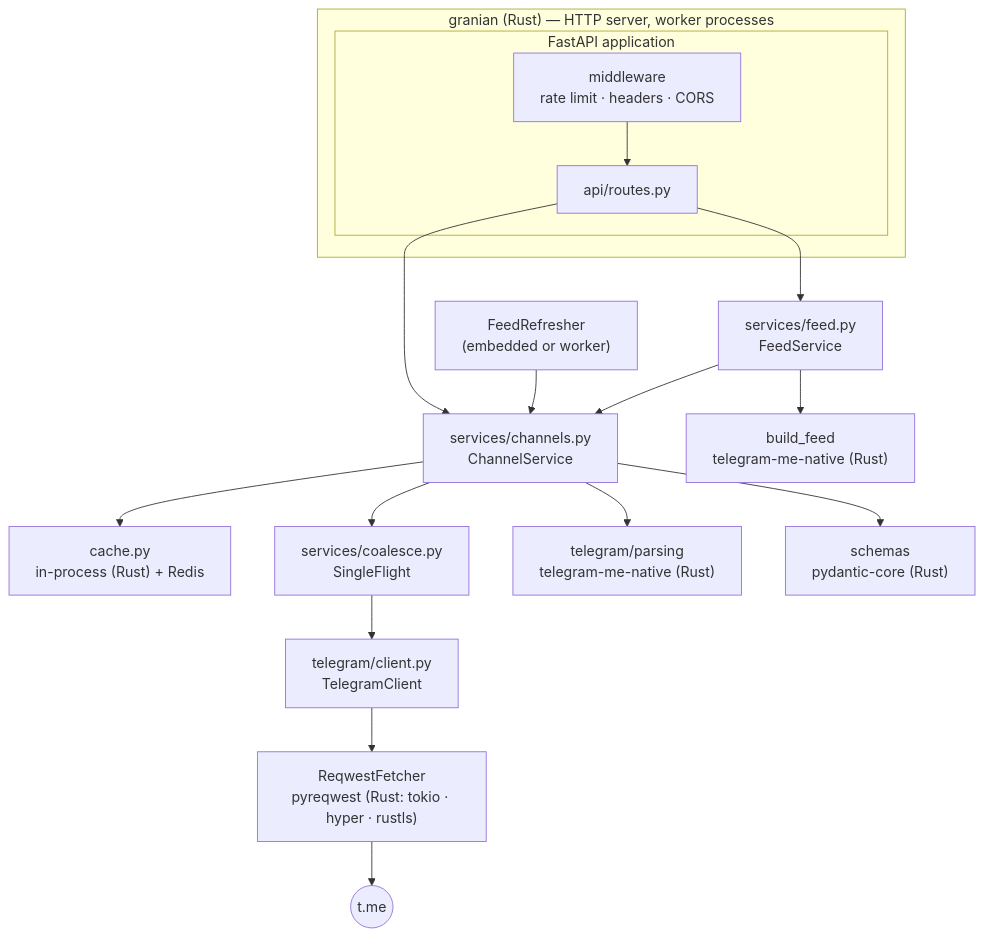
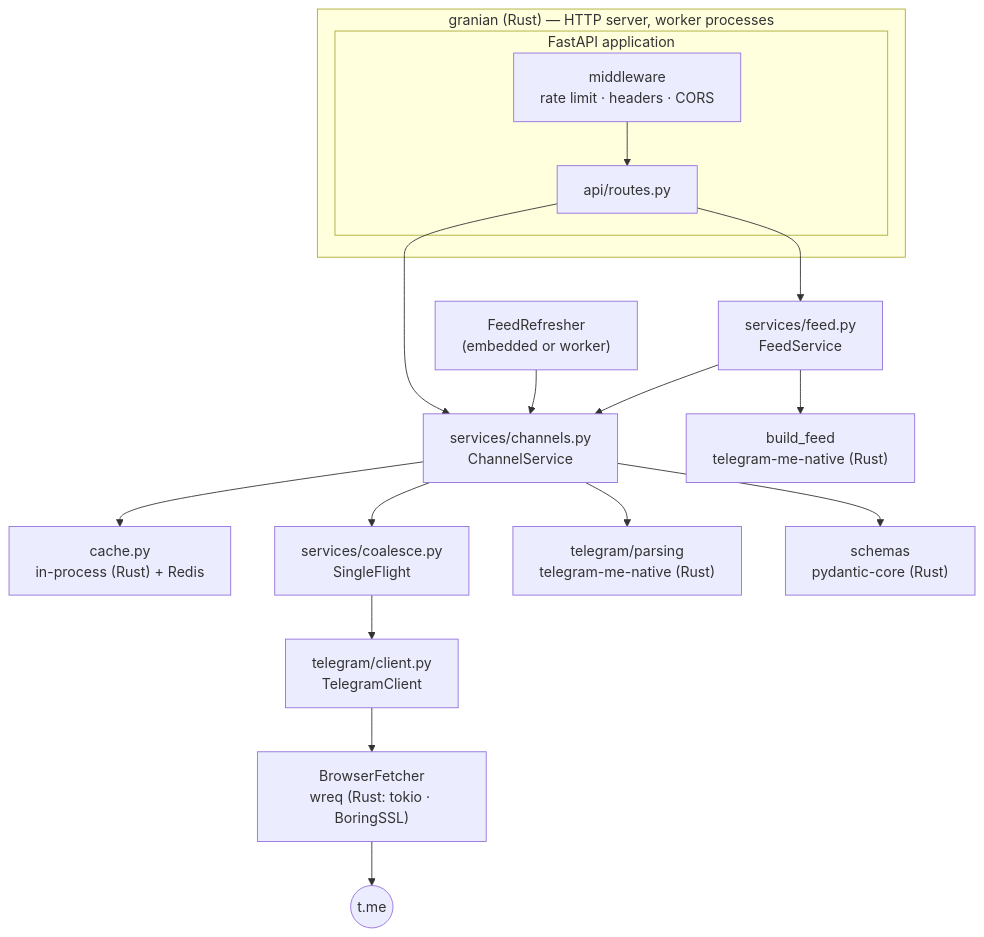
One commit to koval01/telegram-me changed the diagram in docs/internals/architecture.md. Above: the diagram before and after it, drawn with Mermaid. The commit also changed other lines of this file and 39 other files, not shown here.

````diff
--- a/docs/internals/architecture.md
+++ b/docs/internals/architecture.md
@@ -9,22 +9,22 @@
 ```mermaid
 flowchart TB
     subgraph granian["granian (Rust) — HTTP server, worker processes"]
         subgraph app["FastAPI application"]
             MW["middleware<br/>rate limit · headers · CORS"]
             R["api/routes.py"]
             MW --> R
         end
     end
     R --> CS["services/channels.py<br/>ChannelService"]
     R --> FS["services/feed.py<br/>FeedService"]
     FS --> CS
     RF["FeedRefresher<br/>(embedded or worker)"] --> CS
     CS --> C["cache.py<br/>in-process (Rust) + Redis"]
     CS --> SF["services/coalesce.py<br/>SingleFlight"]
     SF --> TC["telegram/client.py<br/>TelegramClient"]
-    TC --> F["ReqwestFetcher<br/>pyreqwest (Rust: tokio · hyper · rustls)"]
+    TC --> F["BrowserFetcher<br/>wreq (Rust: tokio · BoringSSL)"]
     F --> T(("t.me"))
     CS --> P["telegram/parsing<br/>telegram-me-native (Rust)"]
     CS --> V["schemas<br/>pydantic-core (Rust)"]
     FS --> NF["build_feed<br/>telegram-me-native (Rust)"]
 ```
````
